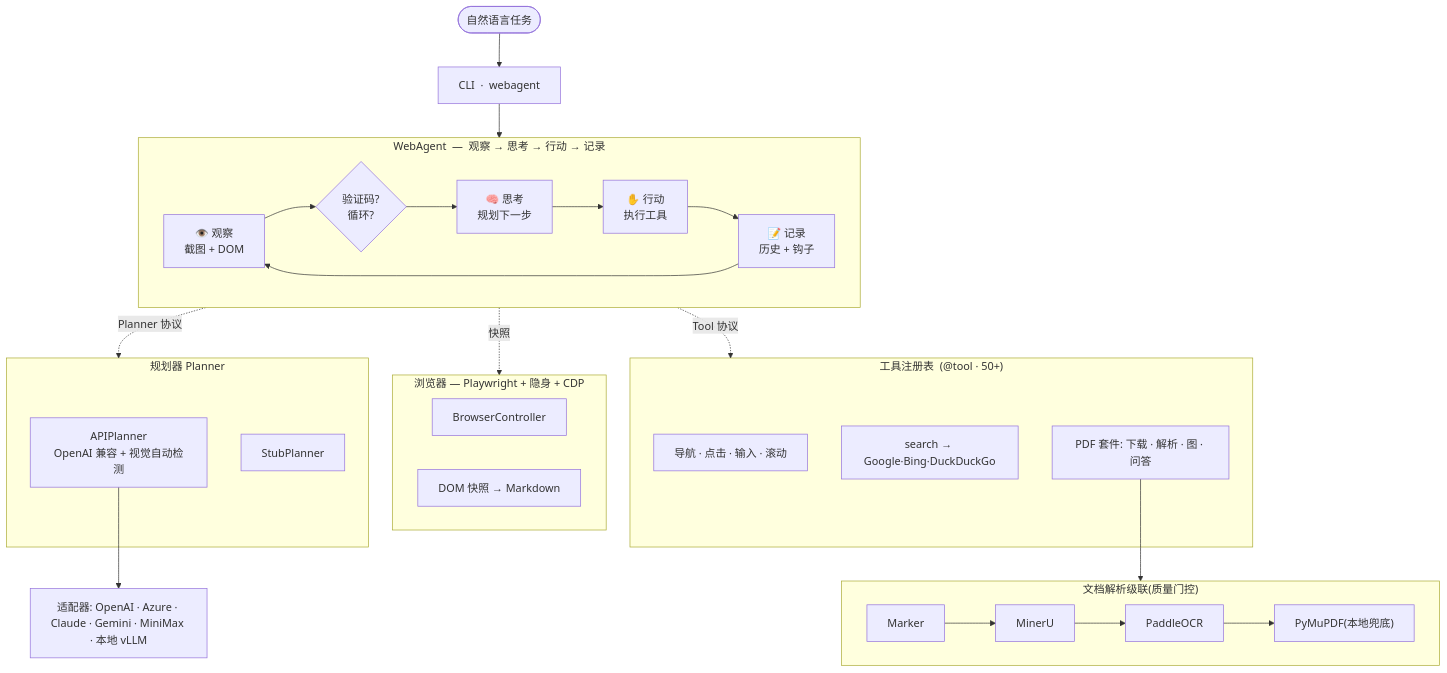
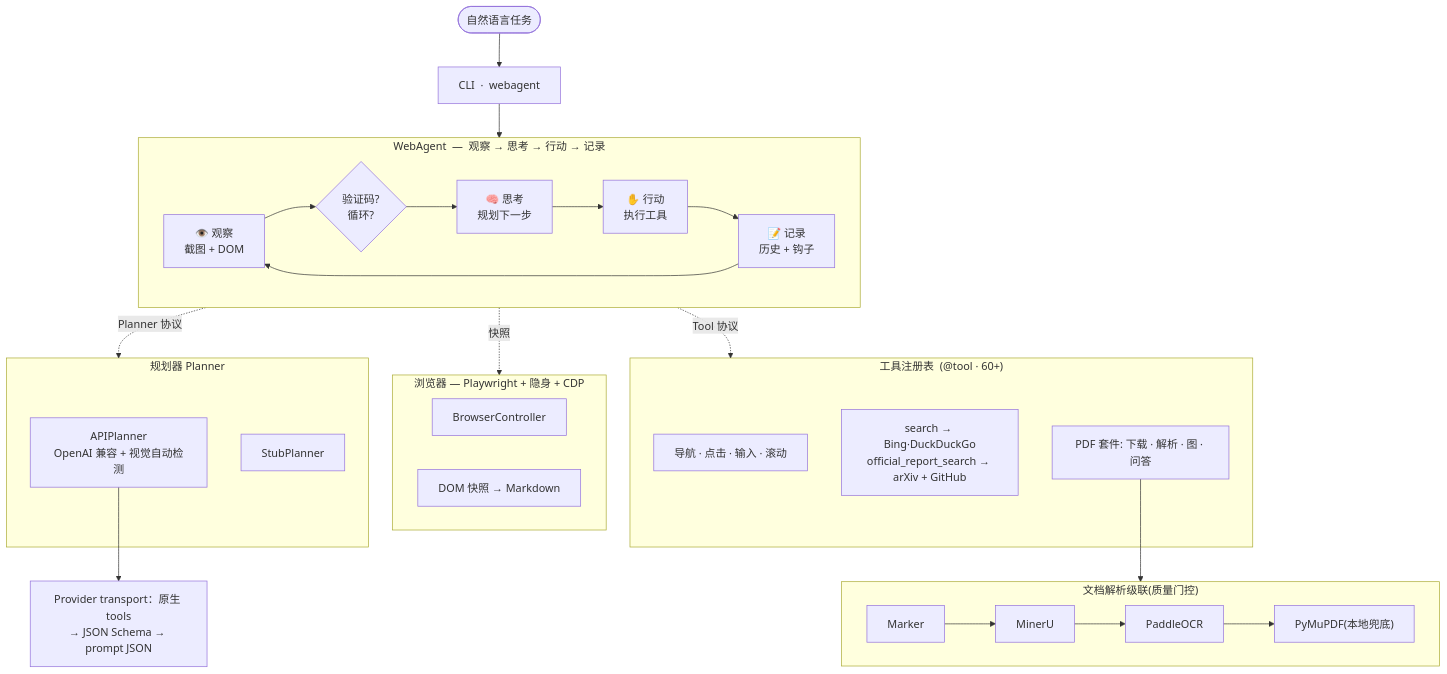
The first of 3 diagrams in README.zh-CN.md (lixiuyin/web-agent), drawn with Mermaid before and after one commit. The commit also changed other lines of this file and 275 other files, not shown here.

````diff
--- a/README.zh-CN.md
+++ b/README.zh-CN.md
@@ -48,41 +49,41 @@
 ```mermaid
 flowchart TB
     User([自然语言任务]) --> CLI["CLI &nbsp;·&nbsp; webagent"]
     CLI --> Loop
 
     subgraph Loop["WebAgent &nbsp;—&nbsp; 观察 → 思考 → 行动 → 记录"]
         direction LR
         OBS["👁️ 观察<br/>截图 + DOM"] --> GUARD{"验证码?<br/>循环?"}
         GUARD --> THINK["🧠 思考<br/>规划下一步"]
         THINK --> ACT["✋ 行动<br/>执行工具"]
         ACT --> REC["📝 记录<br/>历史 + 钩子"]
         REC --> OBS
     end
 
     THINK -.->|Planner 协议| PLAN
     ACT -.->|Tool 协议| TOOLS
     OBS -.->|快照| BROWSER
 
     subgraph PLAN["规划器 Planner"]
         APIP["APIPlanner<br/>OpenAI 兼容 + 视觉自动检测"]
         STUB["StubPlanner"]
     end
-    APIP --> ADP["适配器: OpenAI · Azure · Claude · Gemini · MiniMax · 本地 vLLM"]
+    APIP --> ADP["Provider transport：原生 tools<br/>→ JSON Schema → prompt JSON"]
 
     subgraph BROWSER["浏览器 — Playwright + 隐身 + CDP"]
         CTRL["BrowserController"]
         SNAP["DOM 快照 → Markdown"]
     end
 
-    subgraph TOOLS["工具注册表 &nbsp;(@tool · 50+)"]
+    subgraph TOOLS["工具注册表 &nbsp;(@tool · 60+)"]
         NAV["导航 · 点击 · 输入 · 滚动"]
-        SRCH["search → Google·Bing·DuckDuckGo"]
+        SRCH["search → Bing·DuckDuckGo<br/>official_report_search → arXiv + GitHub"]
         DOC["PDF 套件: 下载 · 解析 · 图 · 问答"]
     end
 
     DOC --> PARSER
     subgraph PARSER["文档解析级联(质量门控)"]
         direction LR
         MK["Marker"] --> MU["MinerU"] --> PD["PaddleOCR"] --> PM["PyMuPDF(本地兜底)"]
     end
 ```
````
